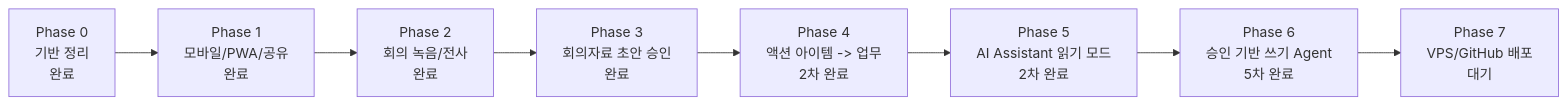
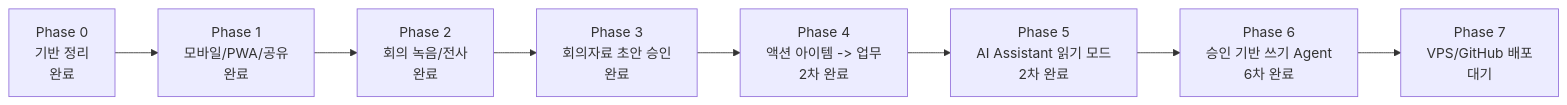
One commit to naral3221-dotcom/intruth.com changed the diagram in docs/PHASE_PROGRESS.md. Above: the diagram before and after it, drawn with Mermaid. The commit also changed other lines of this file and 7 other files, not shown here.

````diff
--- a/docs/PHASE_PROGRESS.md
+++ b/docs/PHASE_PROGRESS.md
@@ -10,10 +10,10 @@
 ```mermaid
 flowchart LR
   P0["Phase 0\n기반 정리\n완료"] --> P1["Phase 1\n모바일/PWA/공유\n완료"]
   P1 --> P2["Phase 2\n회의 녹음/전사\n완료"]
   P2 --> P3["Phase 3\n회의자료 초안 승인\n완료"]
   P3 --> P4["Phase 4\n액션 아이템 -> 업무\n2차 완료"]
   P4 --> P5["Phase 5\nAI Assistant 읽기 모드\n2차 완료"]
-  P5 --> P6["Phase 6\n승인 기반 쓰기 Agent\n5차 완료"]
+  P5 --> P6["Phase 6\n승인 기반 쓰기 Agent\n6차 완료"]
   P6 --> P7["Phase 7\nVPS/GitHub 배포\n대기"]
 ```
````
